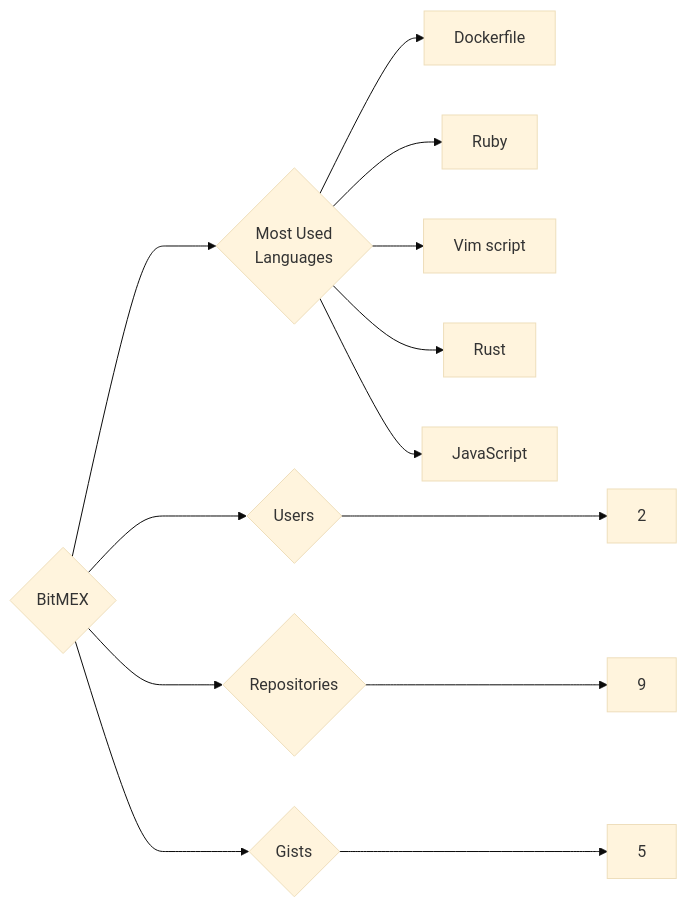
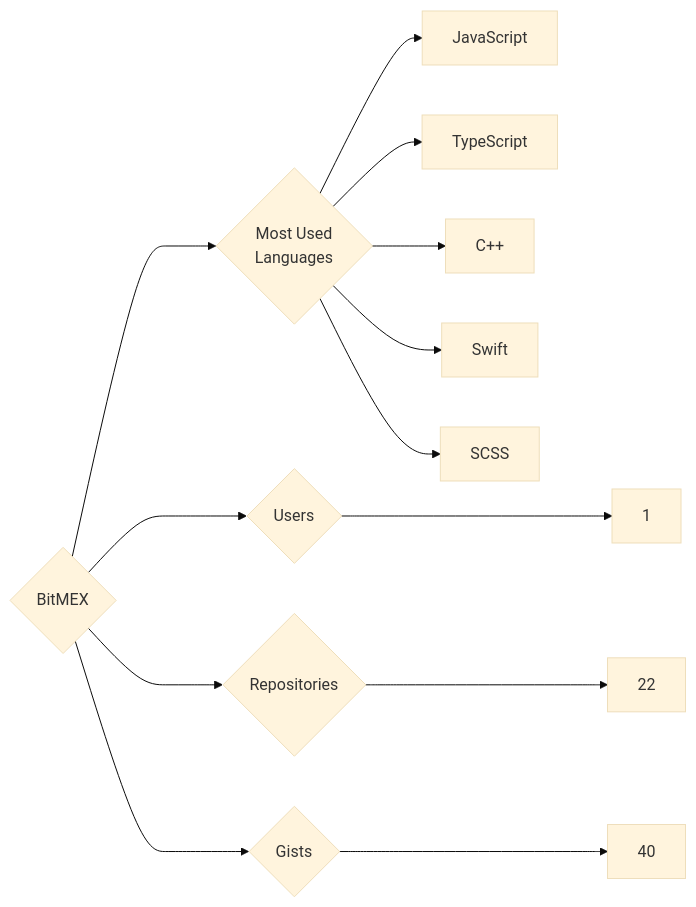
One commit to trickest/insiders changed the diagram in targets/BitMEX/README.md. Above: the diagram before and after it, drawn with Mermaid (base theme). The commit also changed 750 other files, not shown here.

````diff
--- a/targets/BitMEX/README.md
+++ b/targets/BitMEX/README.md
@@ -3,13 +3,13 @@
 ```mermaid
 graph LR
 COMPANY_NAME{BitMEX}
-COMPANY_NAME ---> U{Users} ---> UN[2]
-COMPANY_NAME ---> R{Repositories} ---> RN[9]
-COMPANY_NAME ---> G{Gists} ---> GN[5]
+COMPANY_NAME ---> U{Users} ---> UN[1]
+COMPANY_NAME ---> R{Repositories} ---> RN[22]
+COMPANY_NAME ---> G{Gists} ---> GN[40]
 COMPANY_NAME ---> ML{Most Used<br>Languages}
-ML --> Dockerfile[Dockerfile]
-ML --> Ruby[Ruby]
-ML --> Vim_script[Vim script]
-ML --> Rust[Rust]
 ML --> JavaScript[JavaScript]
+ML --> TypeScript[TypeScript]
+ML --> C++[C++]
+ML --> Swift[Swift]
+ML --> SCSS[SCSS]
 ```
````
